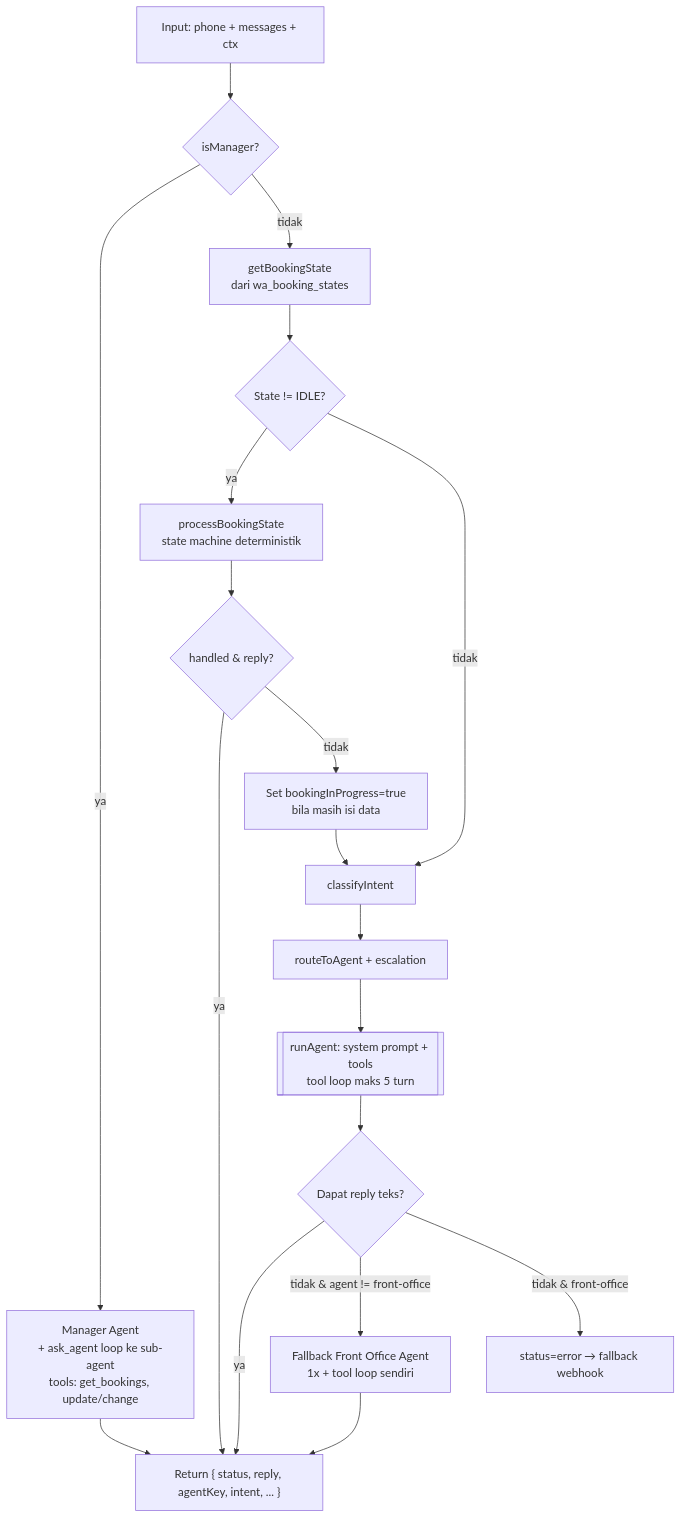
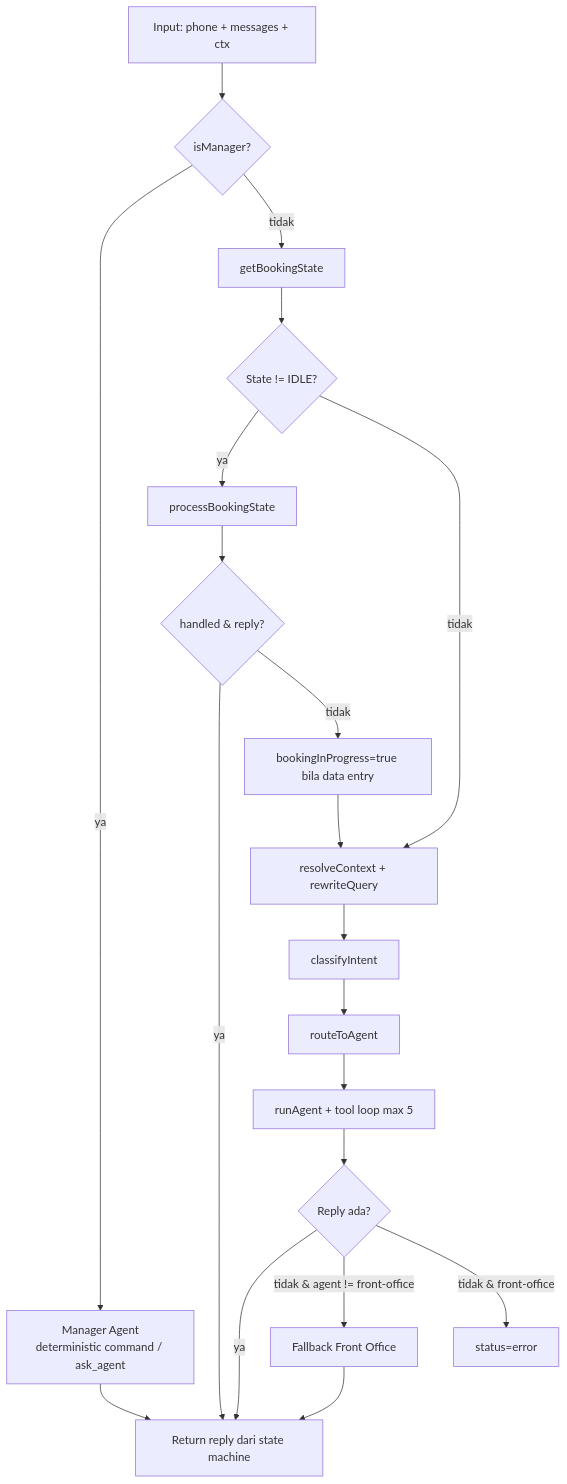
Before and after one commit to pomahguesthouse-cyber/new-pomah: the fifth of 6 diagrams in docs/chatbot-flow.md, drawn with Mermaid. The commit also changed other lines of this file, not shown here.

Commit message:
docs: align chatbot flow with queue pipeline

````diff
--- a/docs/chatbot-flow.md
+++ b/docs/chatbot-flow.md
@@ -110,20 +125,21 @@
 ```mermaid
 flowchart TD
     A[Input: phone + messages + ctx] --> B{isManager?}
-    B -- ya --> M[Manager Agent<br/>+ ask_agent loop ke sub-agent<br/>tools: get_bookings, update/change] --> OUT
-    B -- tidak --> C[getBookingState<br/>dari wa_booking_states]
+    B -- ya --> M[Manager Agent<br/>deterministic command / ask_agent] --> OUT
+    B -- tidak --> C[getBookingState]
     C --> D{State != IDLE?}
-    D -- ya --> E[processBookingState<br/>state machine deterministik]
+    D -- ya --> E[processBookingState]
     E --> F{handled & reply?}
-    F -- ya --> OUT["Return reply<br/>(booking_state_machine)"]
-    F -- tidak --> G[Set bookingInProgress=true<br/>bila masih isi data]
+    F -- ya --> OUT[Return reply dari state machine]
+    F -- tidak --> G[bookingInProgress=true bila data entry]
     D -- tidak --> H
-    G --> H[classifyIntent]
-    H --> I[routeToAgent + escalation]
-    I --> J[[runAgent: system prompt + tools<br/>tool loop maks 5 turn]]
-    J --> K{Dapat reply teks?}
-    K -- ya --> OUT
-    K -- tidak & agent != front-office --> L[Fallback Front Office Agent<br/>1x + tool loop sendiri] --> OUT
-    K -- tidak & front-office --> OUT2["status=error → fallback webhook"]
-    OUT["Return { status, reply, agentKey, intent, ... }"]
+    G --> H[resolveContext + rewriteQuery]
+    H --> I[classifyIntent]
+    I --> J[routeToAgent]
+    J --> K[runAgent + tool loop max 5]
+    K --> L{Reply ada?}
+    L -- ya --> OUT
+    L -- tidak & agent != front-office --> N[Fallback Front Office]
+    N --> OUT
+    L -- tidak & front-office --> ERR[status=error]
 ```
````
